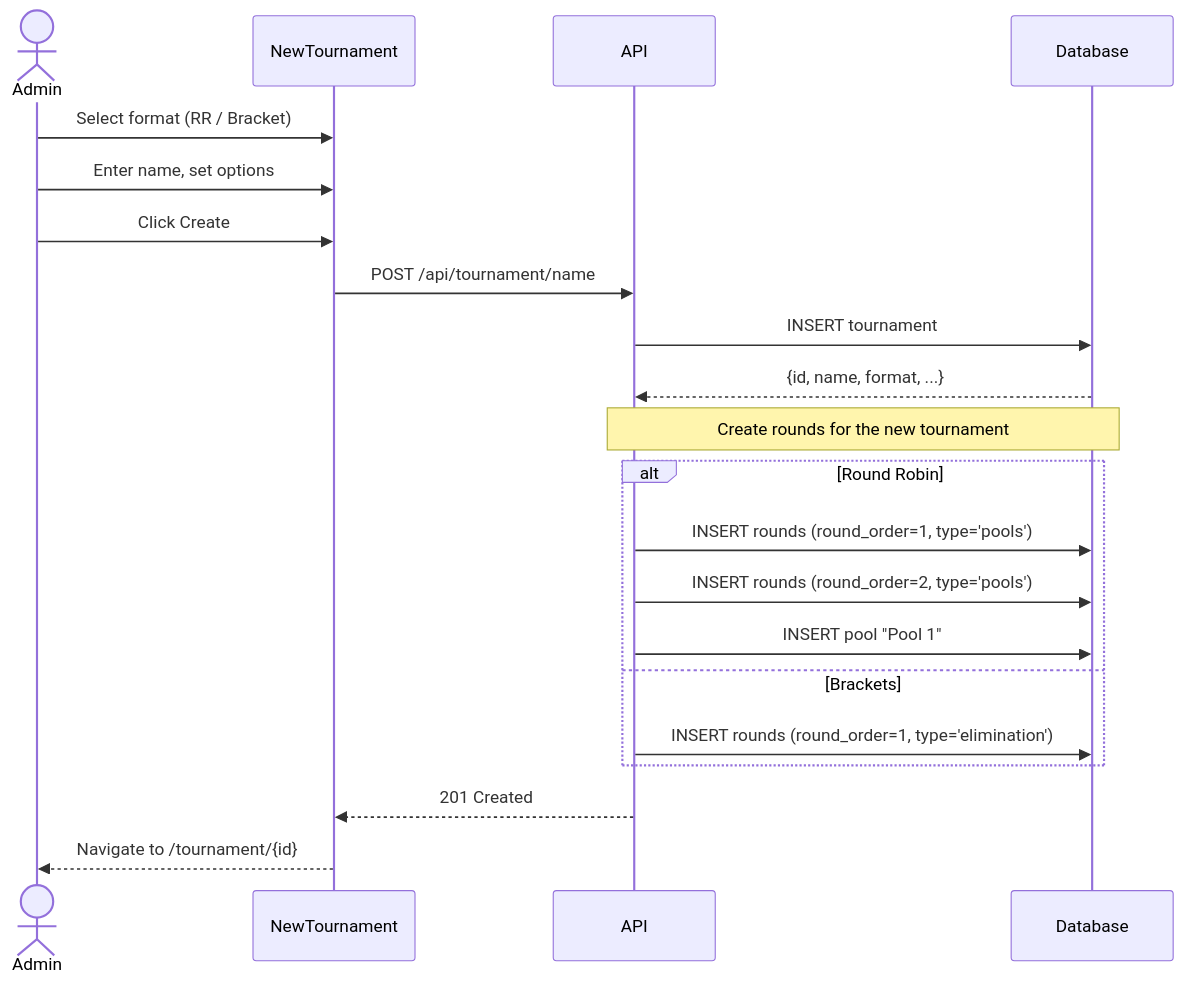
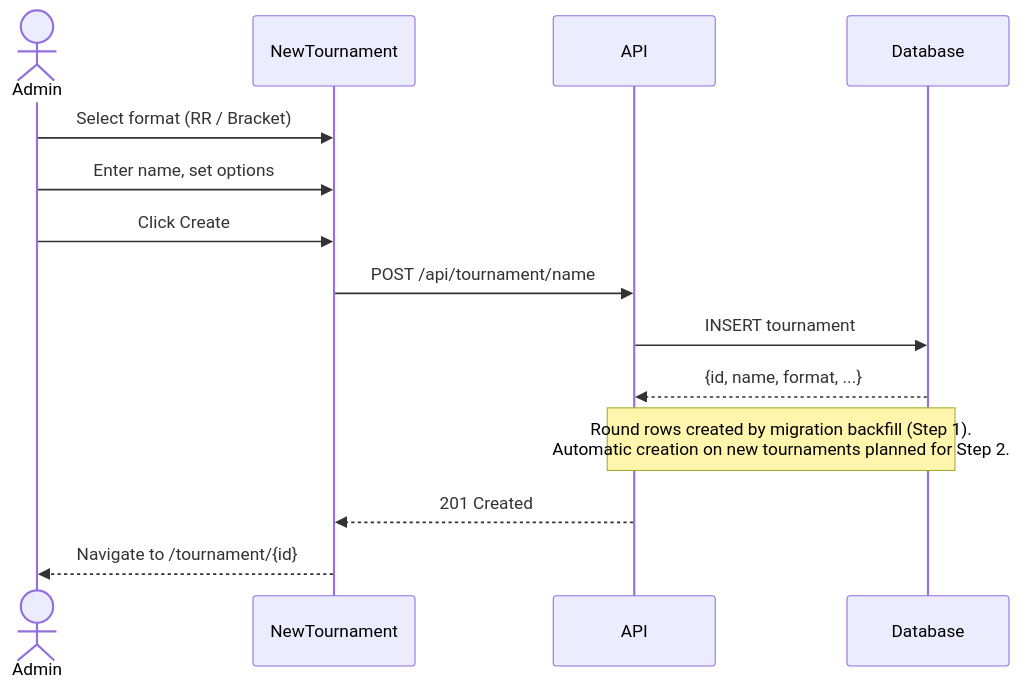
The third of 14 diagrams in docs/interaction-diagrams.md (cy6erskunk/tournament-app), drawn with Mermaid before and after one commit. The commit also changed other lines of this file and 4 other files, not shown here.

````diff
--- a/docs/interaction-diagrams.md
+++ b/docs/interaction-diagrams.md
@@ -67,24 +67,17 @@
 ```mermaid
 sequenceDiagram
     actor Admin
     participant NT as NewTournament
     participant API
     participant DB as Database
 
     Admin->>NT: Select format (RR / Bracket)
     Admin->>NT: Enter name, set options
     Admin->>NT: Click Create
     NT->>API: POST /api/tournament/name
     API->>DB: INSERT tournament
     DB-->>API: {id, name, format, ...}
-    Note over API,DB: Create rounds for the new tournament
-    alt Round Robin
-        API->>DB: INSERT rounds (round_order=1, type='pools')
-        API->>DB: INSERT rounds (round_order=2, type='pools')
-        API->>DB: INSERT pool "Pool 1"
-    else Brackets
-        API->>DB: INSERT rounds (round_order=1, type='elimination')
-    end
+    Note over API,DB: Round rows created by migration backfill (Step 1).<br/>Automatic creation on new tournaments planned for Step 2.
     API-->>NT: 201 Created
     NT-->>Admin: Navigate to /tournament/{id}
 ```
````
